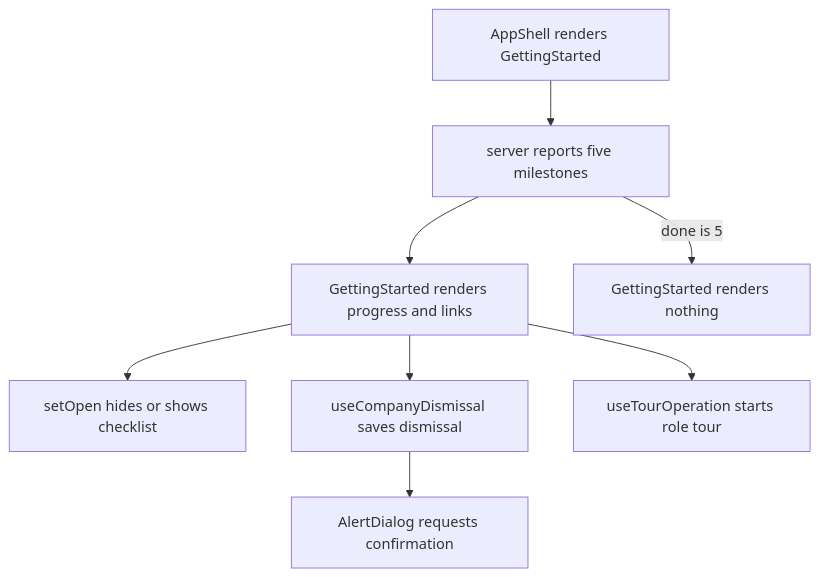
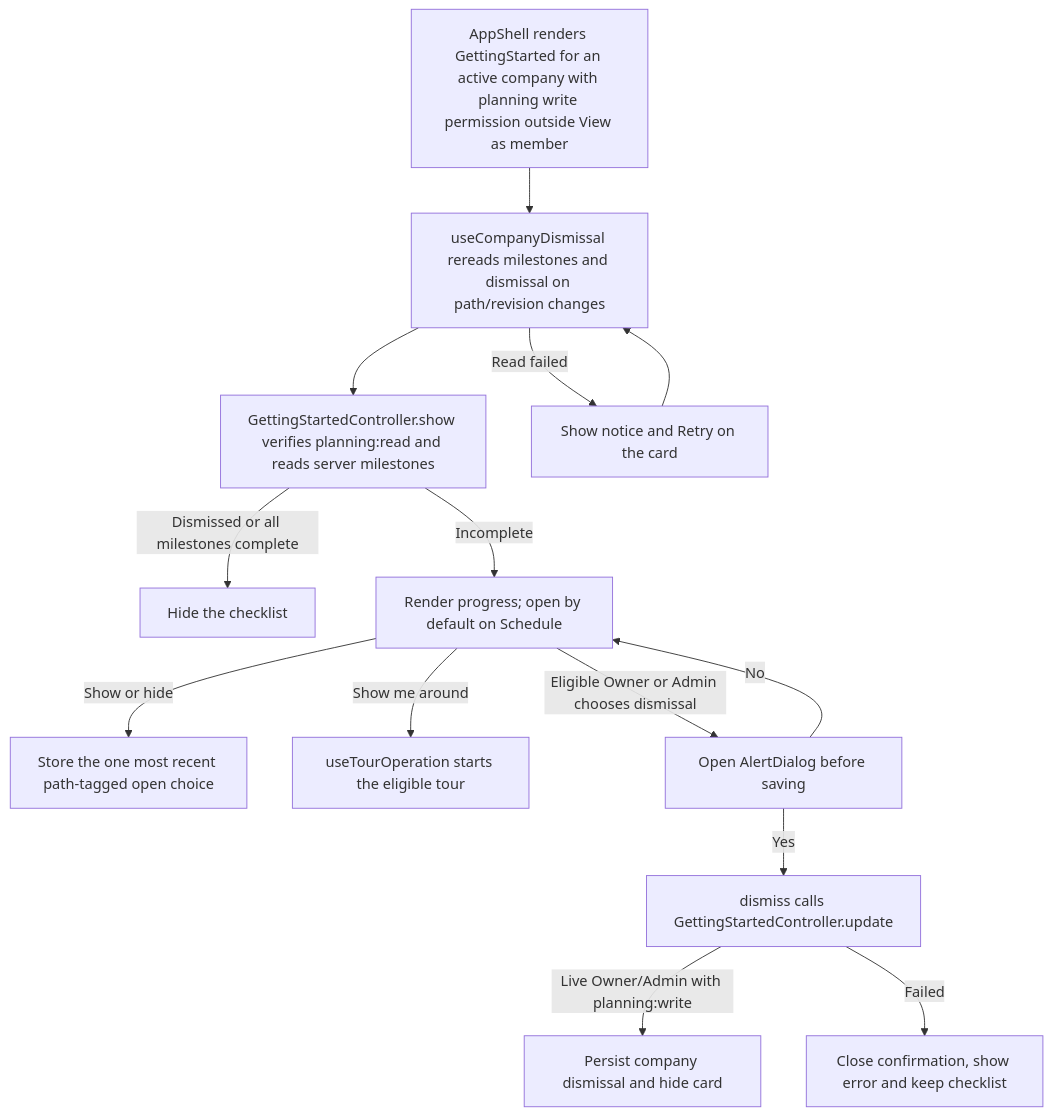
The second of 2 diagrams in user-stories/navigation/US-NAV-13-getting-started.md (Kevinjohn/capacitylens), drawn with Mermaid before and after one commit. The commit also changed other lines of this file and 172 other files, not shown here.

Commit message:
docs: reconcile user story code flows with source

````diff
--- a/user-stories/navigation/US-NAV-13-getting-started.md
+++ b/user-stories/navigation/US-NAV-13-getting-started.md
@@ -35,10 +35,16 @@
 ```mermaid
 flowchart TD
-  shell["AppShell renders GettingStarted"] --> steps["server reports five milestones"]
-  steps --> panel["GettingStarted renders progress and links"]
-  panel --> toggle["setOpen hides or shows checklist"]
-  panel --> dismiss["useCompanyDismissal saves dismissal"]
-  dismiss --> confirm["AlertDialog requests confirmation"]
-  steps -->|done is 5| hidden["GettingStarted renders nothing"]
-  panel --> tour["useTourOperation starts role tour"]
+  shell["AppShell renders GettingStarted for an active company with planning write permission outside View as member"] --> read["useCompanyDismissal rereads milestones and dismissal on path/revision changes"]
+  read --> server["GettingStartedController.show verifies planning:read and reads server milestones"]
+  server -->|Dismissed or all milestones complete| hidden["Hide the checklist"]
+  server -->|Incomplete| panel["Render progress; open by default on Schedule"]
+  read -->|Read failed| retry["Show notice and Retry on the card"]
+  retry --> read
+  panel -->|Show or hide| toggle["Store the one most recent path-tagged open choice"]
+  panel -->|Show me around| tour["useTourOperation starts the eligible tour"]
+  panel -->|Eligible Owner or Admin chooses dismissal| dialog["Open AlertDialog before saving"]
+  dialog -->|No| panel
+  dialog -->|Yes| save["dismiss calls GettingStartedController.update"]
+  save -->|Live Owner/Admin with planning:write| stored["Persist company dismissal and hide card"]
+  save -->|Failed| restore["Close confirmation, show error and keep checklist"]
 ```
````
